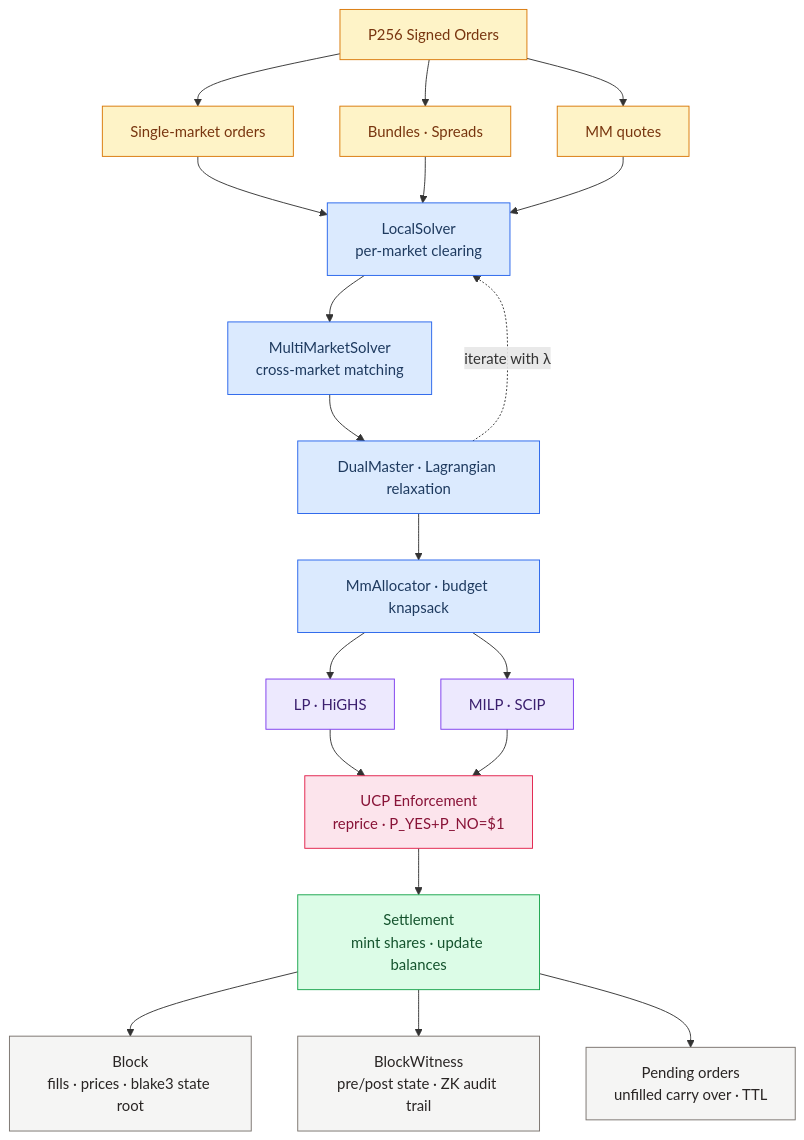
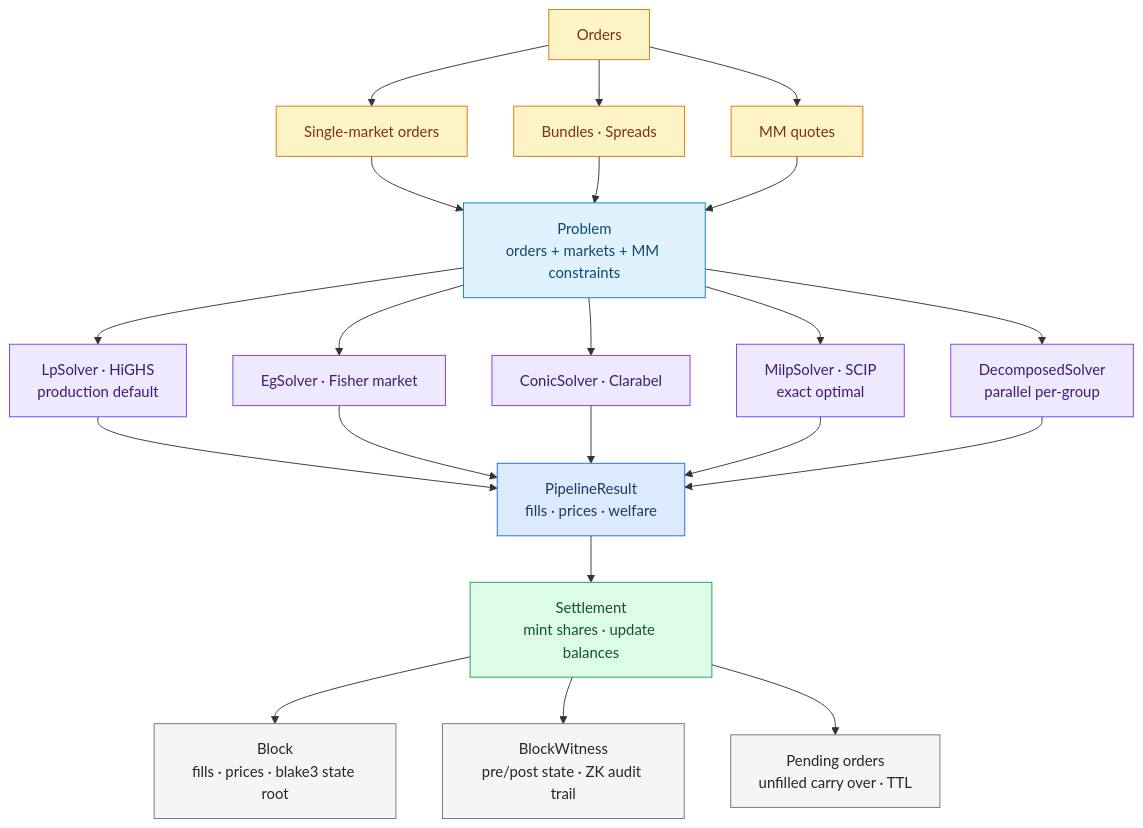
One commit to MetaB0y/sybil changed the second of 5 diagrams in design/architecture-diagrams.md. Above: the diagram before and after it, drawn with Mermaid. The commit also changed other lines of this file and 50 other files, not shown here.

````diff
--- a/design/architecture-diagrams.md
+++ b/design/architecture-diagrams.md
@@ -82,40 +84,38 @@
 ```mermaid
 graph TB
-    IN["P256 Signed Orders"]
+    IN["Orders"]
 
     IN --> SINGLE["Single-market orders"]
     IN --> MULTI["Bundles · Spreads"]
     IN --> MMQ["MM quotes"]
 
-    SINGLE & MULTI & MMQ --> LOCAL["LocalSolver<br/>per-market clearing"]
-    LOCAL --> MMATCH["MultiMarketSolver<br/>cross-market matching"]
+    SINGLE & MULTI & MMQ --> PROBLEM["Problem<br/>orders + markets + MM constraints"]
 
-    MMATCH --> DUAL["DualMaster · Lagrangian relaxation"]
-    DUAL --> MMA["MmAllocator · budget knapsack"]
-    DUAL -.->|"iterate with λ"| LOCAL
+    PROBLEM --> LP["LpSolver · HiGHS<br/>production default"]
+    PROBLEM --> EG["EgSolver · Fisher market"]
+    PROBLEM --> CONIC["ConicSolver · Clarabel"]
+    PROBLEM --> MILP["MilpSolver · SCIP<br/>exact optimal"]
+    PROBLEM --> DECOMP["DecomposedSolver<br/>parallel per-group"]
 
-    MMA --> LP["LP · HiGHS"]
-    MMA --> MILP["MILP · SCIP"]
+    LP & EG & CONIC & MILP & DECOMP --> RESULT["PipelineResult<br/>fills · prices · welfare"]
 
-    LP & MILP --> UCP["UCP Enforcement<br/>reprice · P_YES+P_NO=$1"]
-
-    UCP --> SETTLE["Settlement<br/>mint shares · update balances"]
+    RESULT --> SETTLE["Settlement<br/>mint shares · update balances"]
 
     SETTLE --> BLOCK["Block<br/>fills · prices · blake3 state root"]
     SETTLE --> WITNESS["BlockWitness<br/>pre/post state · ZK audit trail"]
     SETTLE --> PEND["Pending orders<br/>unfilled carry over · TTL"]
 
     classDef inputStyle fill:#fef3c7,stroke:#d97706,color:#78350f
-    classDef solverStyle fill:#dbeafe,stroke:#2563eb,color:#1e3a5f
-    classDef exactStyle fill:#ede9fe,stroke:#7c3aed,color:#3b1f6e
-    classDef ucpStyle fill:#fce4ec,stroke:#e11d48,color:#881337
+    classDef problemStyle fill:#e0f2fe,stroke:#0284c7,color:#0c4a6e
+    classDef solverStyle fill:#ede9fe,stroke:#7c3aed,color:#3b1f6e
+    classDef resultStyle fill:#dbeafe,stroke:#2563eb,color:#1e3a5f
     classDef settleStyle fill:#dcfce7,stroke:#16a34a,color:#14532d
     classDef outStyle fill:#f5f5f4,stroke:#78716c,color:#292524
 
     class IN,SINGLE,MULTI,MMQ inputStyle
-    class LOCAL,MMATCH,DUAL,MMA solverStyle
-    class LP,MILP exactStyle
-    class UCP ucpStyle
+    class PROBLEM problemStyle
+    class LP,EG,CONIC,MILP,DECOMP solverStyle
+    class RESULT resultStyle
     class SETTLE settleStyle
     class BLOCK,WITNESS,PEND outStyle
 ```
````
